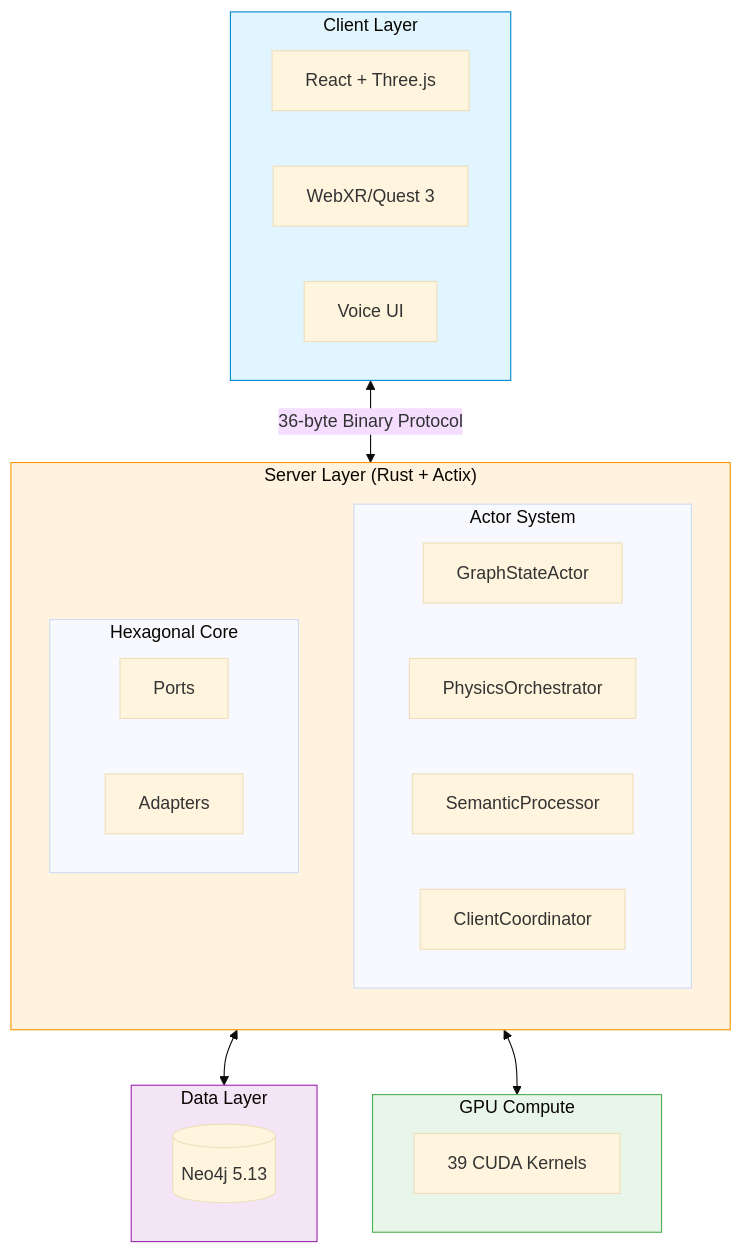
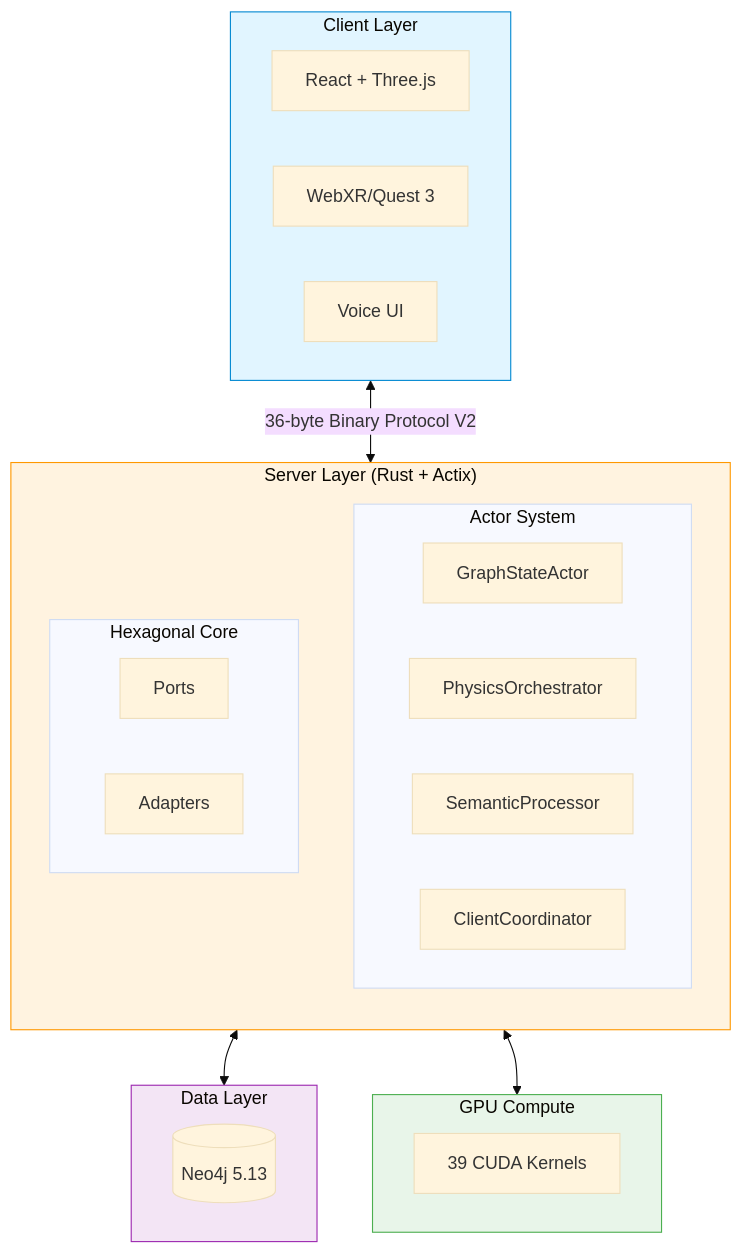
Before and after one commit to DreamLab-AI/VisionFlow: the second of 3 diagrams in README.md, drawn with Mermaid (base theme). The commit also changed other lines of this file and 61 other files, not shown here.

````diff
--- a/README.md
+++ b/README.md
@@ -257,40 +258,40 @@
 ```mermaid
 flowchart TB
     subgraph Client["Client Layer"]
         direction LR
         React["React + Three.js"]
         WebXR["WebXR/Quest 3"]
         Voice["Voice UI"]
     end
 
     subgraph Server["Server Layer (Rust + Actix)"]
         direction TB
         subgraph Actors["Actor System"]
             GraphState["GraphStateActor"]
             Physics["PhysicsOrchestrator"]
             Semantic["SemanticProcessor"]
             Coordinator["ClientCoordinator"]
         end
         subgraph Hexagonal["Hexagonal Core"]
             Ports["Ports"]
             Adapters["Adapters"]
         end
     end
 
     subgraph Data["Data Layer"]
         Neo4j[(Neo4j 5.13)]
     end
 
     subgraph GPU["GPU Compute"]
         CUDA["39 CUDA Kernels"]
     end
 
-    Client <-->|"36-byte Binary Protocol"| Server
+    Client <-->|"36-byte Binary Protocol V2"| Server
     Server <--> Data
     Server <--> GPU
 
     style Client fill:#e1f5ff,stroke:#0288d1
     style Server fill:#fff3e0,stroke:#ff9800
     style Data fill:#f3e5f5,stroke:#9c27b0
     style GPU fill:#e8f5e9,stroke:#4caf50
 ```
````
